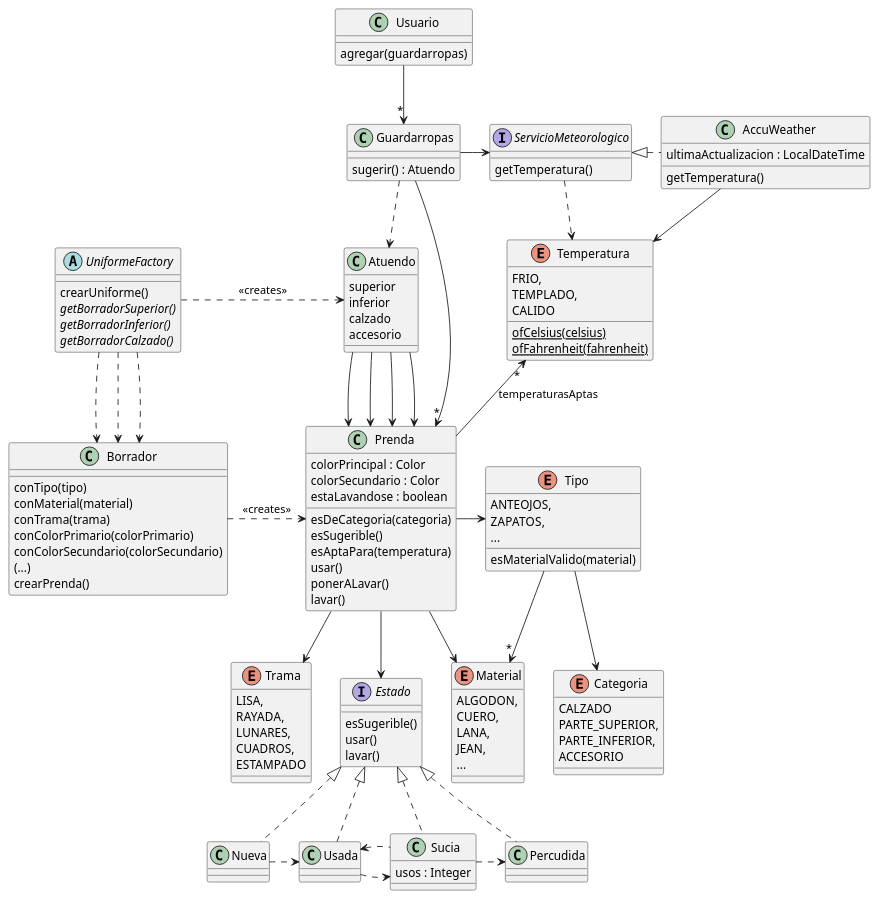
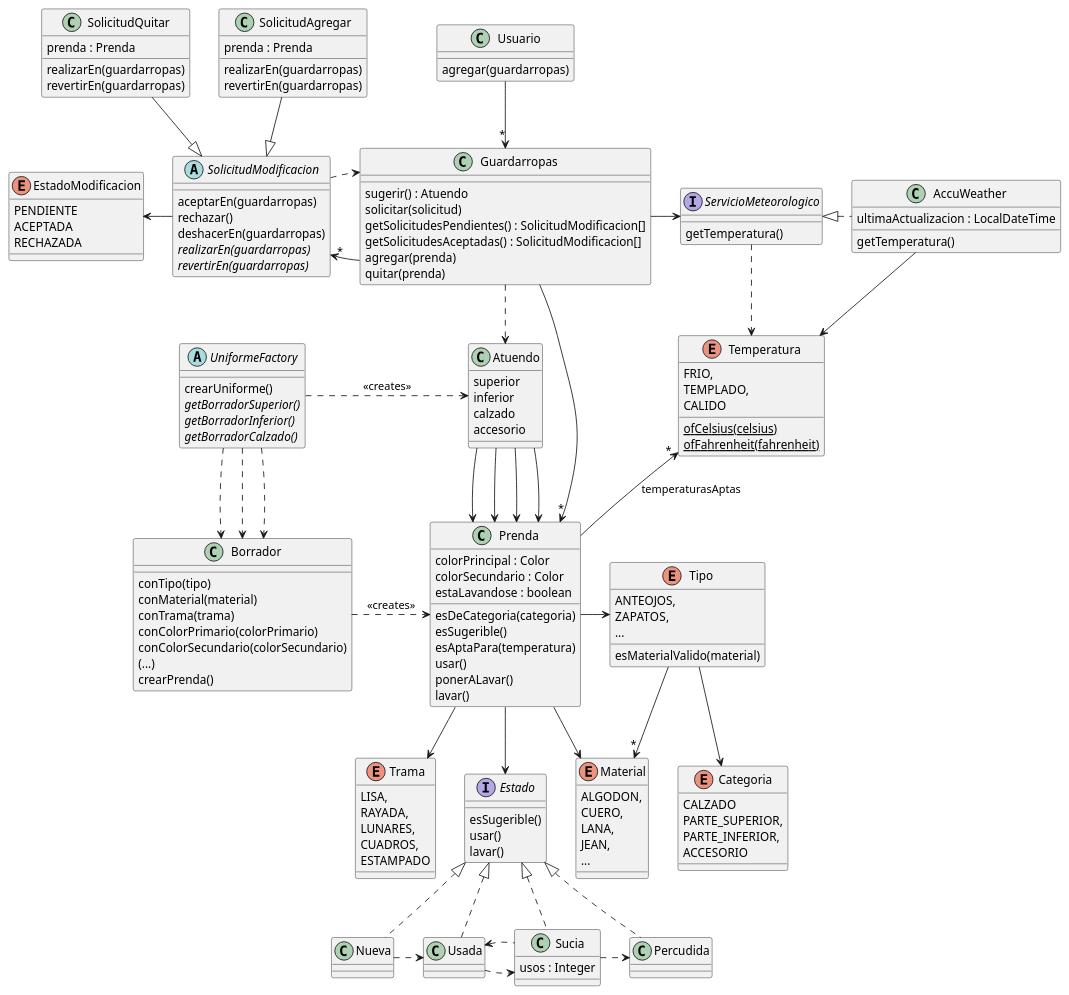
One commit to RaniAgus/dds-2022 changed the diagram in docs/diagramas/iteracion-5.puml. Above: the diagram before and after it, drawn with PlantUML. The commit also changed 6 other files, not shown here.

Commit message:
agrego Solicitudes al Guardarropas

```diff
--- a/docs/diagramas/iteracion-5.puml
+++ b/docs/diagramas/iteracion-5.puml
@@ -1,147 +1,185 @@
 @startuml iteracion-5
 
 class Usuario {
     agregar(guardarropas)
 }
 
 Usuario --> "*" Guardarropas
 
 class Guardarropas {
   sugerir() : Atuendo
+  solicitar(solicitud)
+  getSolicitudesPendientes() : SolicitudModificacion[]
+  getSolicitudesAceptadas() : SolicitudModificacion[]
+  agregar(prenda)
+  quitar(prenda)
 }
 
 Guardarropas ..> Atuendo
 Guardarropas -right-> "*" Prenda
 Guardarropas -right-> ServicioMeteorologico
+Guardarropas -left-> "*" SolicitudModificacion
+
+abstract class SolicitudModificacion {
+    aceptarEn(guardarropas)
+    rechazar()
+    deshacerEn(guardarropas)
+    {abstract} realizarEn(guardarropas)
+    {abstract} revertirEn(guardarropas)
+}
+
+SolicitudModificacion ..> Guardarropas
+SolicitudModificacion -left-> EstadoModificacion
+
+enum EstadoModificacion {
+    PENDIENTE
+    ACEPTADA
+    RECHAZADA
+}
+
+SolicitudModificacion <|-up- SolicitudAgregar
+SolicitudModificacion <|-up- SolicitudQuitar
+
+class SolicitudAgregar {
+    prenda : Prenda
+    realizarEn(guardarropas)
+    revertirEn(guardarropas)
+}
+
+class SolicitudQuitar {
+    prenda : Prenda
+    realizarEn(guardarropas)
+    revertirEn(guardarropas)
+}
 
 interface ServicioMeteorologico {
     getTemperatura()
 }
 
 ServicioMeteorologico ..> Temperatura
 
 ServicioMeteorologico <|.right. AccuWeather
 
 class AccuWeather {
     ultimaActualizacion : LocalDateTime
     getTemperatura()
 }
 
 AccuWeather --> Temperatura
 
 enum Temperatura {
     FRIO,
     TEMPLADO,
     CALIDO
     {static} ofCelsius(celsius)
     {static} ofFahrenheit(fahrenheit)
 }
 
 abstract UniformeFactory {
   crearUniforme()
   {abstract} getBorradorSuperior()
   {abstract} getBorradorInferior()
   {abstract} getBorradorCalzado()
 }
 
 UniformeFactory .right.> Atuendo : <<creates>>
 UniformeFactory ..> Borrador
 UniformeFactory ..> Borrador
 UniformeFactory ..> Borrador
 
 class Atuendo {
    superior
    inferior
    calzado
    accesorio
 }
 
 Atuendo --> Prenda
 Atuendo --> Prenda
 Atuendo --> Prenda
 Atuendo --> Prenda
 
 class Borrador {
   conTipo(tipo)
   conMaterial(material)
   conTrama(trama)
   conColorPrimario(colorPrimario)
   conColorSecundario(colorSecundario)
   (...)
   crearPrenda()
 }
 
 Borrador .right.> Prenda : <<creates>>
 
 class Prenda {
  colorPrincipal : Color
  colorSecundario : Color
  estaLavandose : boolean
  esDeCategoria(categoria)
  esSugerible()
  esAptaPara(temperatura)
  usar()
  ponerALavar()
  lavar()
 }
 
 Prenda -up-> "*" Temperatura : "temperaturasAptas"
 Prenda -right-> Tipo
 Prenda --> Material
 Prenda --> Trama
 Prenda --> Estado
 
 enum Material {
   ALGODON,
   CUERO,
   LANA,
   JEAN,
   ...
 }
 
 enum Trama {
   LISA,
   RAYADA,
   LUNARES,
   CUADROS,
   ESTAMPADO
 }
 
 enum Tipo {
   ANTEOJOS,
   ZAPATOS,
   ...
   esMaterialValido(material)
 }
 
 Tipo --> "*" Material
 Tipo --> Categoria
 
 enum Categoria {
   CALZADO
   PARTE_SUPERIOR,
   PARTE_INFERIOR,
   ACCESORIO
 }
 
 interface Estado {
  esSugerible()
  usar()
  lavar()
 }
 
 Estado <|.. Nueva
 Estado <|.. Usada
 Estado <|.. Sucia
 Estado <|.. Percudida
 
 Nueva .right.> Usada
 Usada .right.> Sucia
 Sucia .left.> Usada
 Sucia .right.> Percudida
 
 class Sucia {
   usos : Integer
 }
 
 @enduml
```
